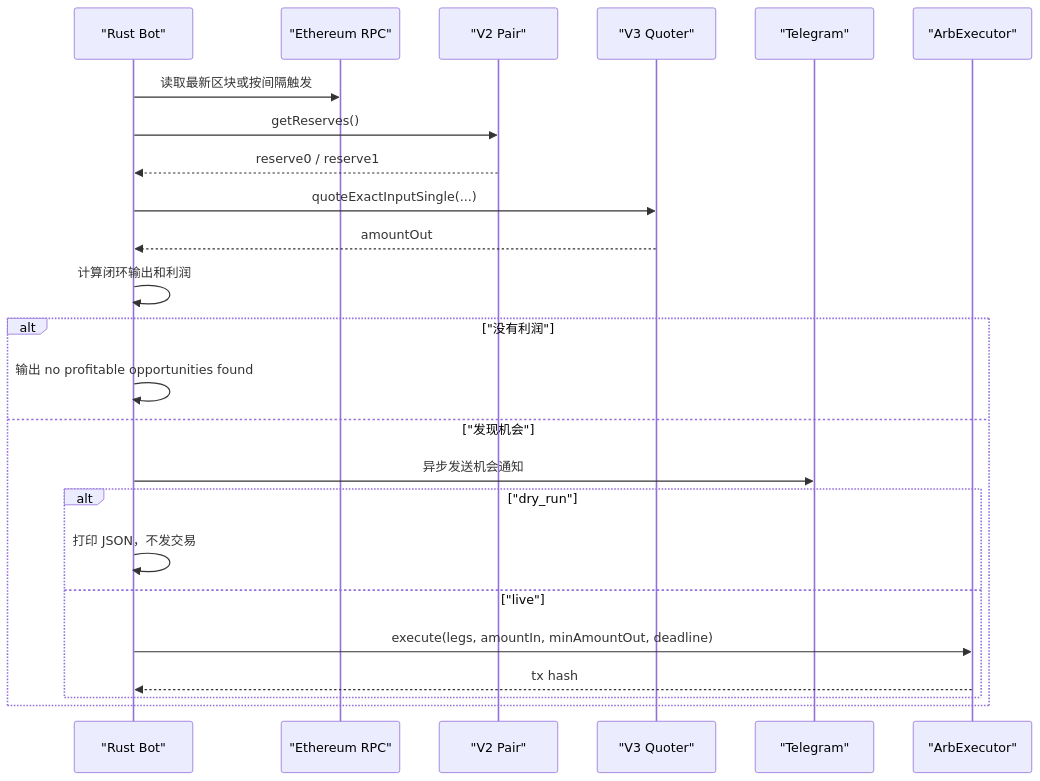
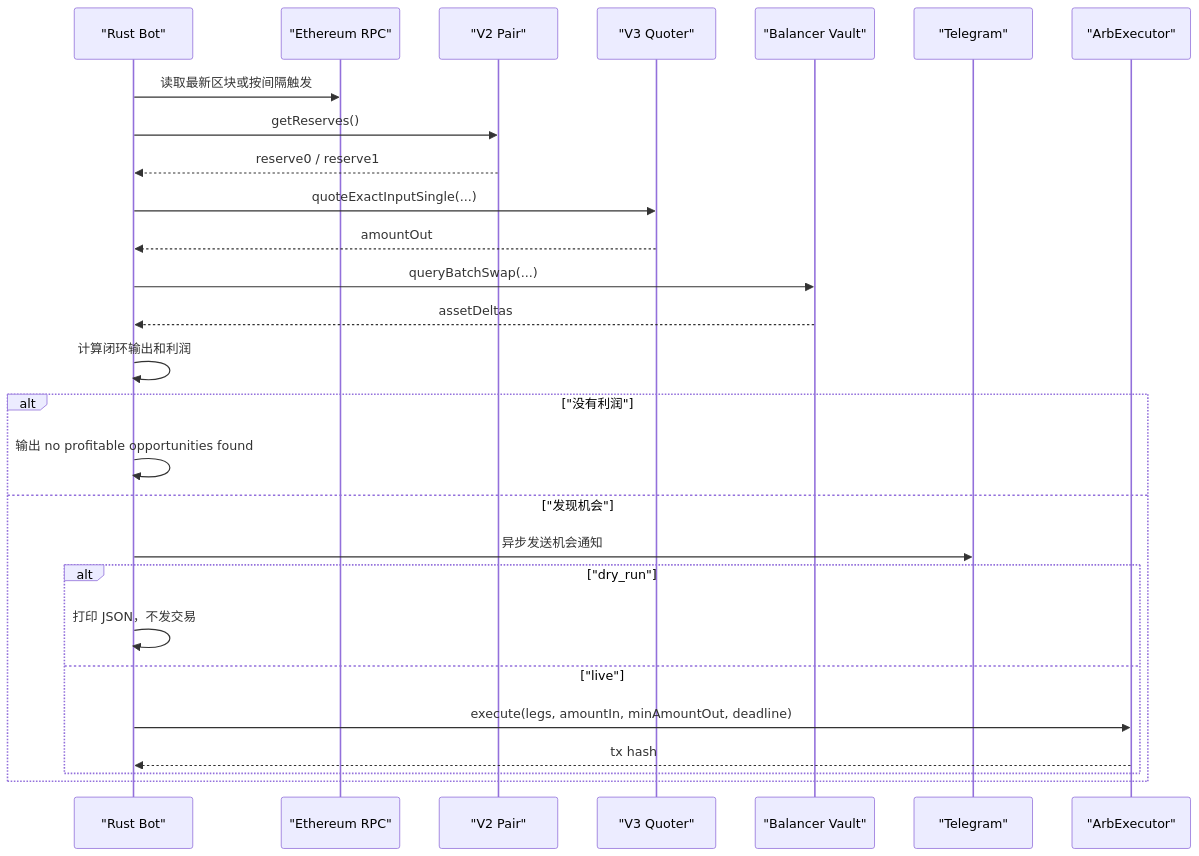
One commit to LiQingMuBai/rust-uniswap changed the second of 6 diagrams in README.md. Above: the diagram before and after it, drawn with Mermaid. The commit also changed other lines of this file and 9 other files, not shown here.

````diff
--- a/README.md
+++ b/README.md
@@ -54,27 +58,30 @@
 ```mermaid
 sequenceDiagram
     participant Bot as "Rust Bot"
     participant RPC as "Ethereum RPC"
     participant V2 as "V2 Pair"
     participant V3 as "V3 Quoter"
+    participant BAL as "Balancer Vault"
     participant TG as "Telegram"
     participant EX as "ArbExecutor"
 
     Bot->>RPC: 读取最新区块或按间隔触发
     Bot->>V2: getReserves()
     V2-->>Bot: reserve0 / reserve1
     Bot->>V3: quoteExactInputSingle(...)
     V3-->>Bot: amountOut
+    Bot->>BAL: queryBatchSwap(...)
+    BAL-->>Bot: assetDeltas
     Bot->>Bot: 计算闭环输出和利润
     alt "没有利润"
         Bot->>Bot: 输出 no profitable opportunities found
     else "发现机会"
         Bot->>TG: 异步发送机会通知
         alt "dry_run"
             Bot->>Bot: 打印 JSON，不发交易
         else "live"
             Bot->>EX: execute(legs, amountIn, minAmountOut, deadline)
             EX-->>Bot: tx hash
         end
     end
 ```
````
